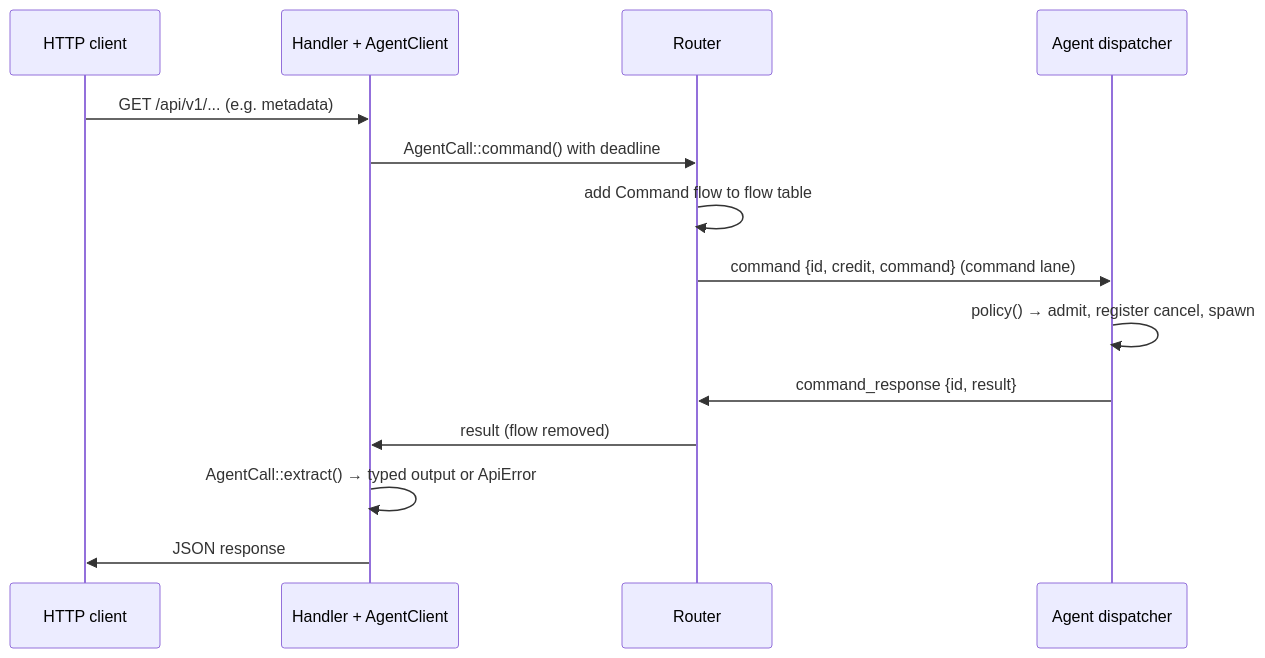
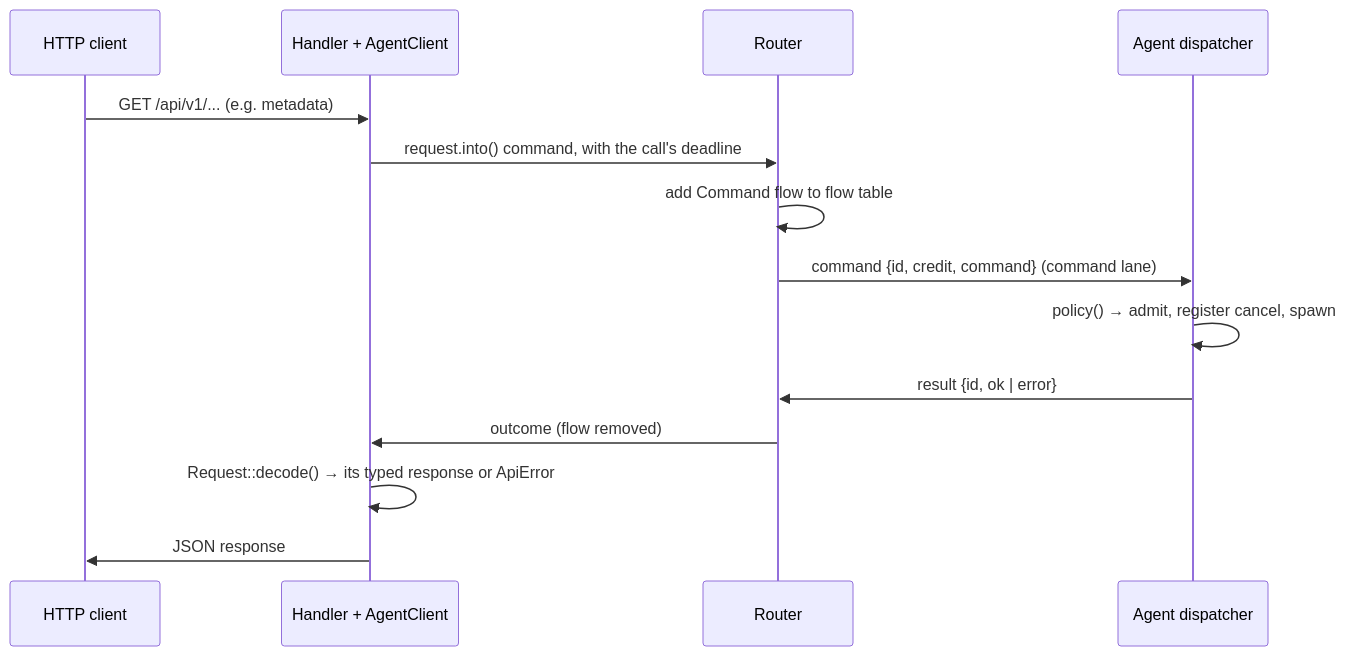
The sixth of 10 diagrams in ARCHITECTURE.md (FruitieX/redoor), drawn with Mermaid before and after one commit. The commit also changed other lines of this file, not shown here.

First line of the commit message:
Document typed responses and the result frame

````diff
--- a/ARCHITECTURE.md
+++ b/ARCHITECTURE.md
@@ -379,17 +382,17 @@
 ```mermaid
 sequenceDiagram
     participant C as HTTP client
     participant H as Handler + AgentClient
     participant R as Router
     participant A as Agent dispatcher
 
     C->>H: GET /api/v1/... (e.g. metadata)
-    H->>R: AgentCall::command() with deadline
+    H->>R: request.into() command, with the call's deadline
     R->>R: add Command flow to flow table
     R->>A: command {id, credit, command} (command lane)
     A->>A: policy() → admit, register cancel, spawn
-    A->>R: command_response {id, result}
-    R->>H: result (flow removed)
-    H->>H: AgentCall::extract() → typed output or ApiError
+    A->>R: result {id, ok | error}
+    R->>H: outcome (flow removed)
+    H->>H: Request::decode() → its typed response or ApiError
     H->>C: JSON response
 ```
````
